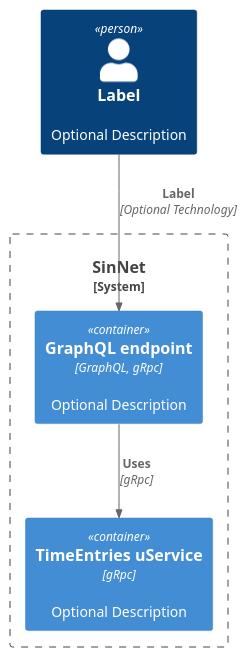
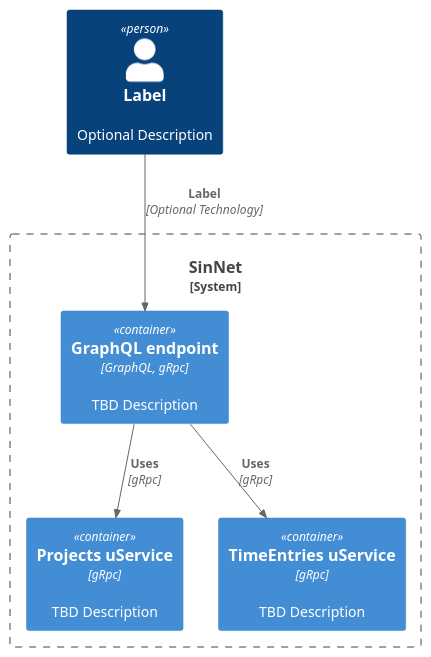
Before and after one commit to onlexnet/sin-net-reports: the diagram in uservice-webapi/C2.puml, drawn with PlantUML. The commit also changed 200 other files, not shown here.

```diff
--- a/uservice-webapi/C2.puml
+++ b/uservice-webapi/C2.puml
@@ -1,13 +1,15 @@
 @startuml C4_Elements
 !include https://raw.githubusercontent.com/plantuml-stdlib/C4-PlantUML/master/C4_Container.puml
 
 Person(personAlias, "Label", "Optional Description")
 
 System_Boundary(c1, "SinNet") {
-    Container(WebApiService, "GraphQL endpoint", "GraphQL, gRpc", "Optional Description")
-    Container(TimeEntriesService, "TimeEntries uService", "gRpc", "Optional Description")
+    Container(WebApiService, "GraphQL endpoint", "GraphQL, gRpc", "TBD Description")
+    Container(ProjectsService, "Projects uService", "gRpc", "TBD Description")
+    Container(TimeEntriesService, "TimeEntries uService", "gRpc", "TBD Description")
 }
 
 Rel(personAlias, WebApiService, "Label", "Optional Technology")
 Rel(WebApiService, TimeEntriesService, "Uses", "gRpc")
+Rel(WebApiService, ProjectsService, "Uses", "gRpc")
 @enduml
```
